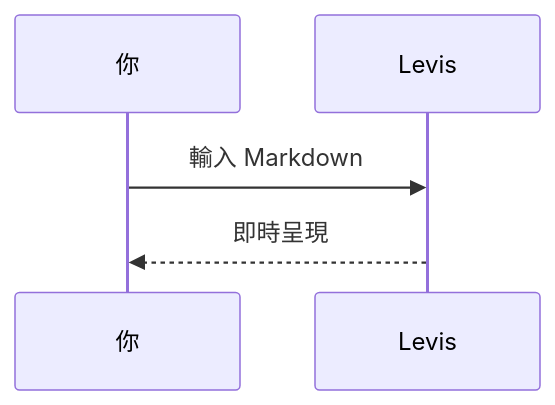
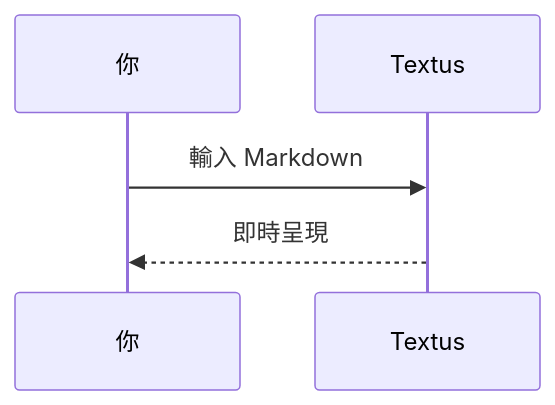
One commit to CatVinci-Studio/Levis changed the third of 3 diagrams in src/help/markdown-guide.zh-Hant.md. Above: the diagram before and after it, drawn with Mermaid. The commit also changed other lines of this file and 219 other files, not shown here.

````diff
--- a/src/help/markdown-guide.zh-Hant.md
+++ b/src/help/markdown-guide.zh-Hant.md
@@ -113,7 +113,7 @@
 ```mermaid
 sequenceDiagram
     participant 你
-    participant Levis
-    你->>Levis: 輸入 Markdown
-    Levis-->>你: 即時呈現
+    participant Textus
+    你->>Textus: 輸入 Markdown
+    Textus-->>你: 即時呈現
 ```
````
